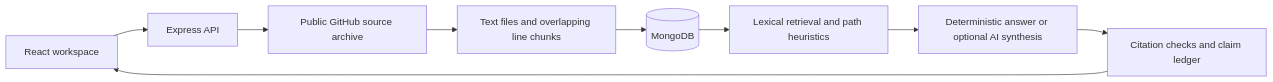
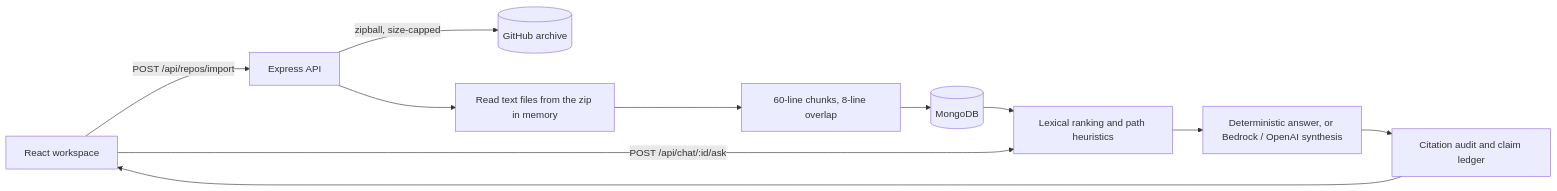
Before and after one commit to dev-nezuko/git-repo-insight-analyzer: the diagram in README.md, drawn with Mermaid. The commit also changed other lines of this file and 5 other files, not shown here.

First line of the commit message:
Rewrite the README around Compose, the API and import limits

````diff
--- a/README.md
+++ b/README.md
@@ -11,11 +11,13 @@
 ```mermaid
 flowchart LR
-  UI[React workspace] --> API[Express API]
-  API --> ZIP[Public GitHub source archive]
-  ZIP --> Index[Text files and overlapping line chunks]
-  Index --> DB[(MongoDB)]
-  DB --> Search[Lexical retrieval and path heuristics]
-  Search --> Draft[Deterministic answer or optional AI synthesis]
-  Draft --> Checks[Citation checks and claim ledger]
+  UI[React workspace] -->|POST /api/repos/import| API[Express API]
+  API -->|zipball, size-capped| GH[(GitHub archive)]
+  API --> Read[Read text files from the zip in memory]
+  Read --> Chunks[60-line chunks, 8-line overlap]
+  Chunks --> DB[(MongoDB)]
+  UI -->|POST /api/chat/:id/ask| Rank[Lexical ranking and path heuristics]
+  DB --> Rank
+  Rank --> Draft[Deterministic answer, or Bedrock / OpenAI synthesis]
+  Draft --> Checks[Citation audit and claim ledger]
   Checks --> UI
 ```
````
